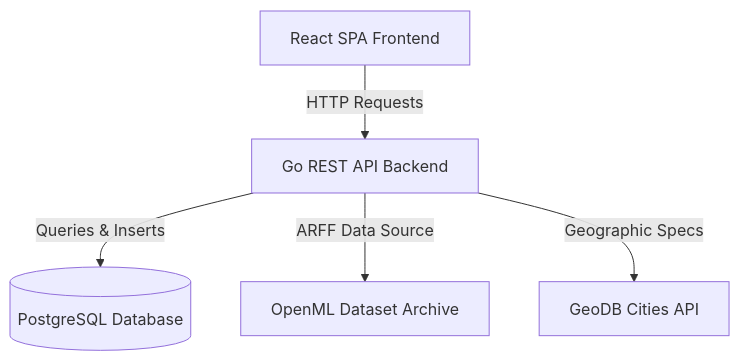
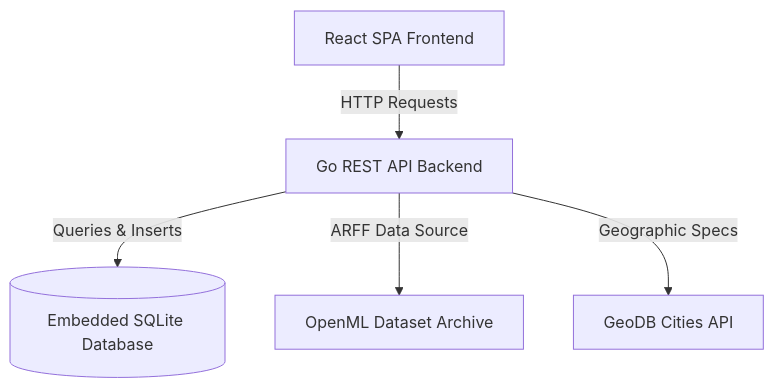
Before and after one commit to codyuhi/quality-of-life: the first of 2 diagrams in README.md, drawn with Mermaid. The commit also changed other lines of this file and 13 other files, not shown here.

Commit message:
feat: replace postgres with embedded sqlite (QOL-10)

````diff
--- a/README.md
+++ b/README.md
@@ -13,7 +13,7 @@
 ```mermaid
 graph TD
     Client[React SPA Frontend] -->|HTTP Requests| GoServer[Go REST API Backend]
-    GoServer -->|Queries & Inserts| Postgres[(PostgreSQL Database)]
+    GoServer -->|Queries & Inserts| SQLite[(Embedded SQLite Database)]
     GoServer -->|ARFF Data Source| OpenML[OpenML Dataset Archive]
     GoServer -->|Geographic Specs| GeoDB[GeoDB Cities API]
 ```
````
